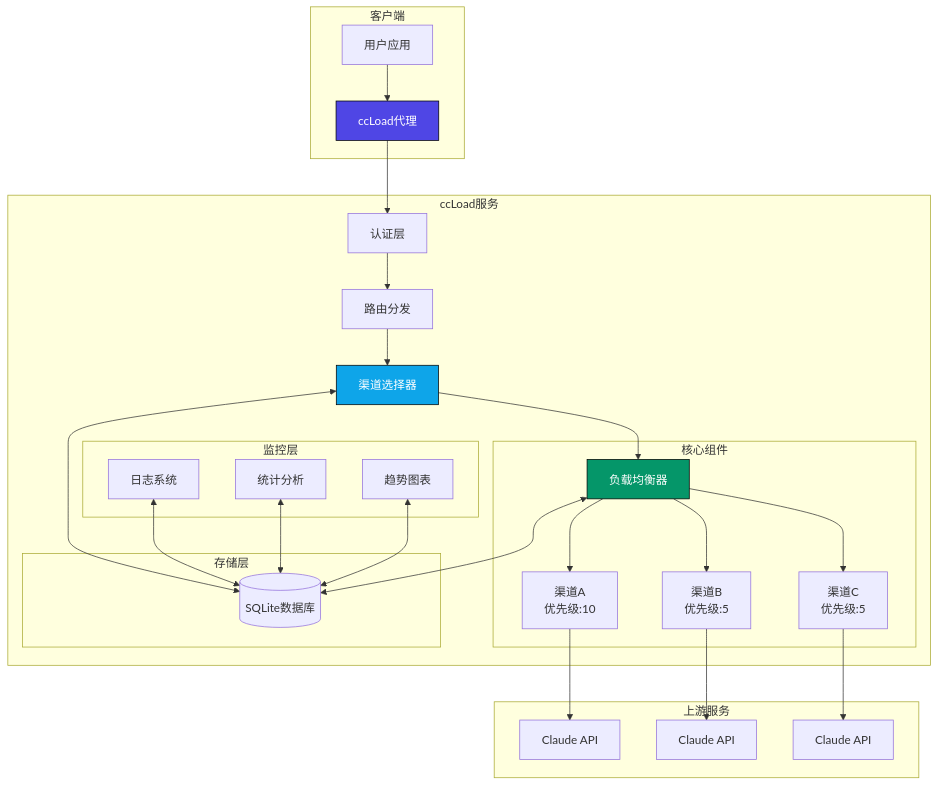
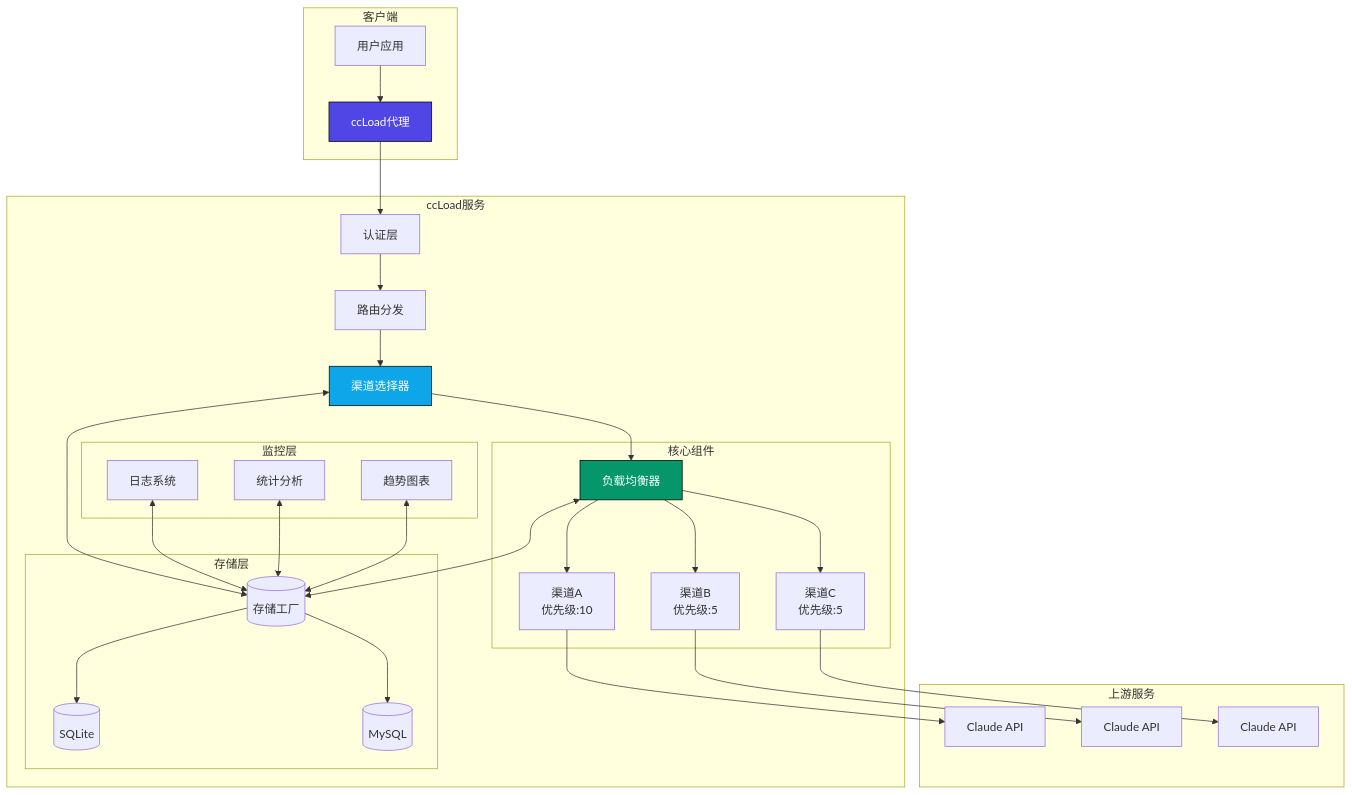
The diagram in README.md (caidaoli/ccLoad), drawn with Mermaid before and after one commit. The commit also changed other lines of this file, not shown here.

First line of the commit message:
refactor(config): 删除MySQL DSN中的parseTime参数

````diff
--- a/README.md
+++ b/README.md
@@ -45,45 +45,49 @@
 ```mermaid
 graph TB
     subgraph "客户端"
         A[用户应用] --> B[ccLoad代理]
     end
     
     subgraph "ccLoad服务"
         B --> C[认证层]
         C --> D[路由分发]
         D --> E[渠道选择器]
         E --> F[负载均衡器]
         
         subgraph "核心组件"
             F --> G[渠道A<br/>优先级:10]
             F --> H[渠道B<br/>优先级:5]
             F --> I[渠道C<br/>优先级:5]
         end
         
         subgraph "存储层"
-            J[(SQLite数据库)]
+            J[(存储工厂)]
+            J1[(SQLite)]
+            J2[(MySQL)]
+            J --> J1
+            J --> J2
         end
         
         subgraph "监控层"
             K[日志系统]
             L[统计分析]
             M[趋势图表]
         end
     end
     
     subgraph "上游服务"
         G --> N[Claude API]
         H --> O[Claude API]
         I --> P[Claude API]
     end
     
     E <--> J
     F <--> J
     K <--> J
     L <--> J
     M <--> J
     
     style B fill:#4F46E5,stroke:#000,color:#fff
     style F fill:#059669,stroke:#000,color:#fff
     style E fill:#0EA5E9,stroke:#000,color:#fff
 ```
````
